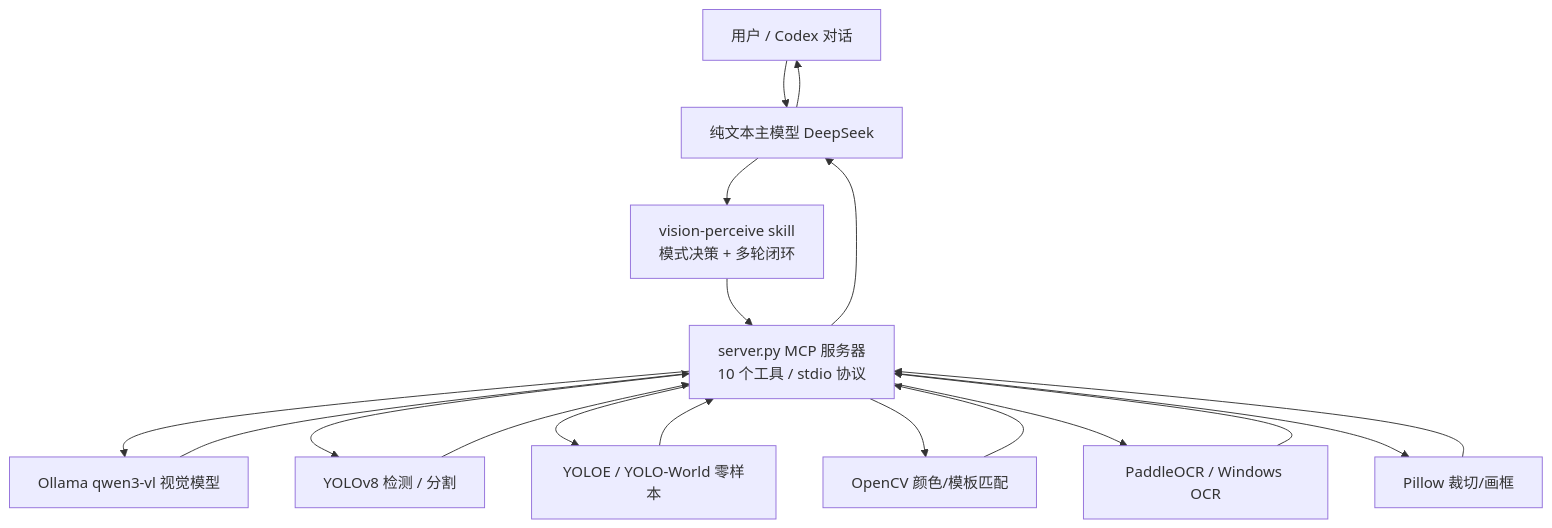
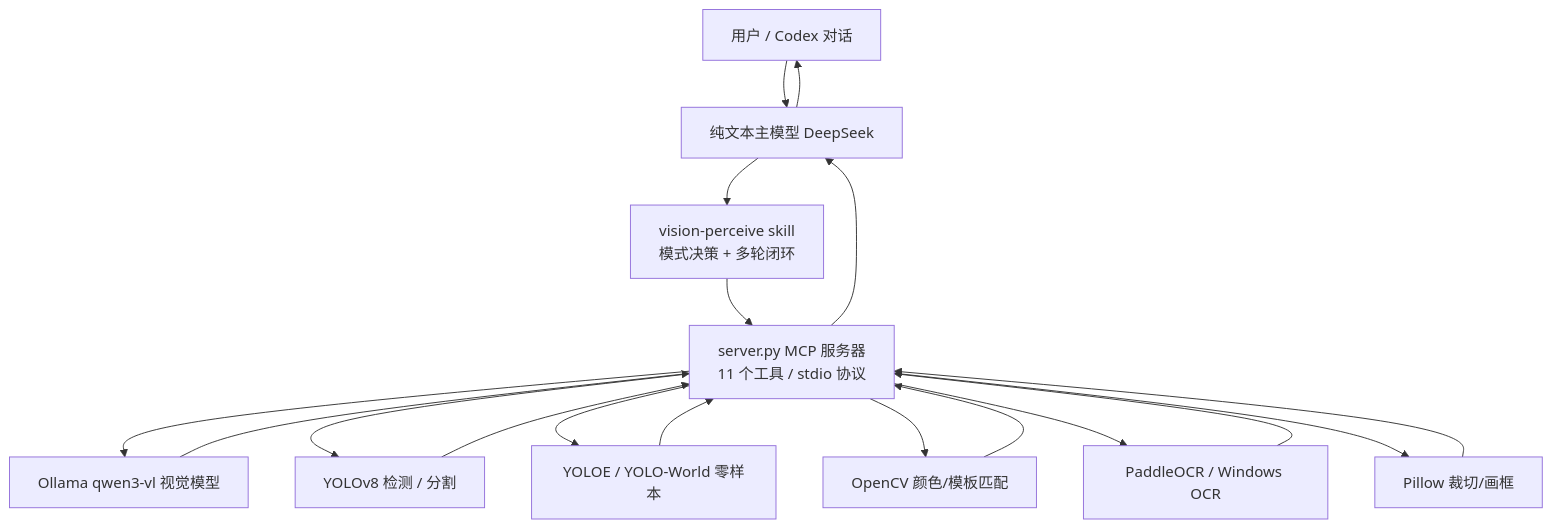
One commit to Yuhang-uestc/deepvision-local-mcp changed the diagram in docs/架构说明.md. Above: the diagram before and after it, drawn with Mermaid. The commit also changed other lines of this file and 6 other files, not shown here.

````diff
--- a/docs/架构说明.md
+++ b/docs/架构说明.md
@@ -15,15 +15,15 @@
 ```mermaid
 flowchart TB
     U[用户 / Codex 对话] --> M[纯文本主模型 DeepSeek]
     M --> S[vision-perceive skill<br/>模式决策 + 多轮闭环]
-    S --> P[server.py MCP 服务器<br/>10 个工具 / stdio 协议]
+    S --> P[server.py MCP 服务器<br/>11 个工具 / stdio 协议]
     P --> O[Ollama qwen3-vl 视觉模型]
     P --> Y[YOLOv8 检测 / 分割]
     P --> Z[YOLOE / YOLO-World 零样本]
     P --> C[OpenCV 颜色/模板匹配]
     P --> R[PaddleOCR / Windows OCR]
     P --> I[Pillow 裁切/画框]
     O & Y & Z & C & R & I --> P
     P --> M
     M --> U
 ```
````
